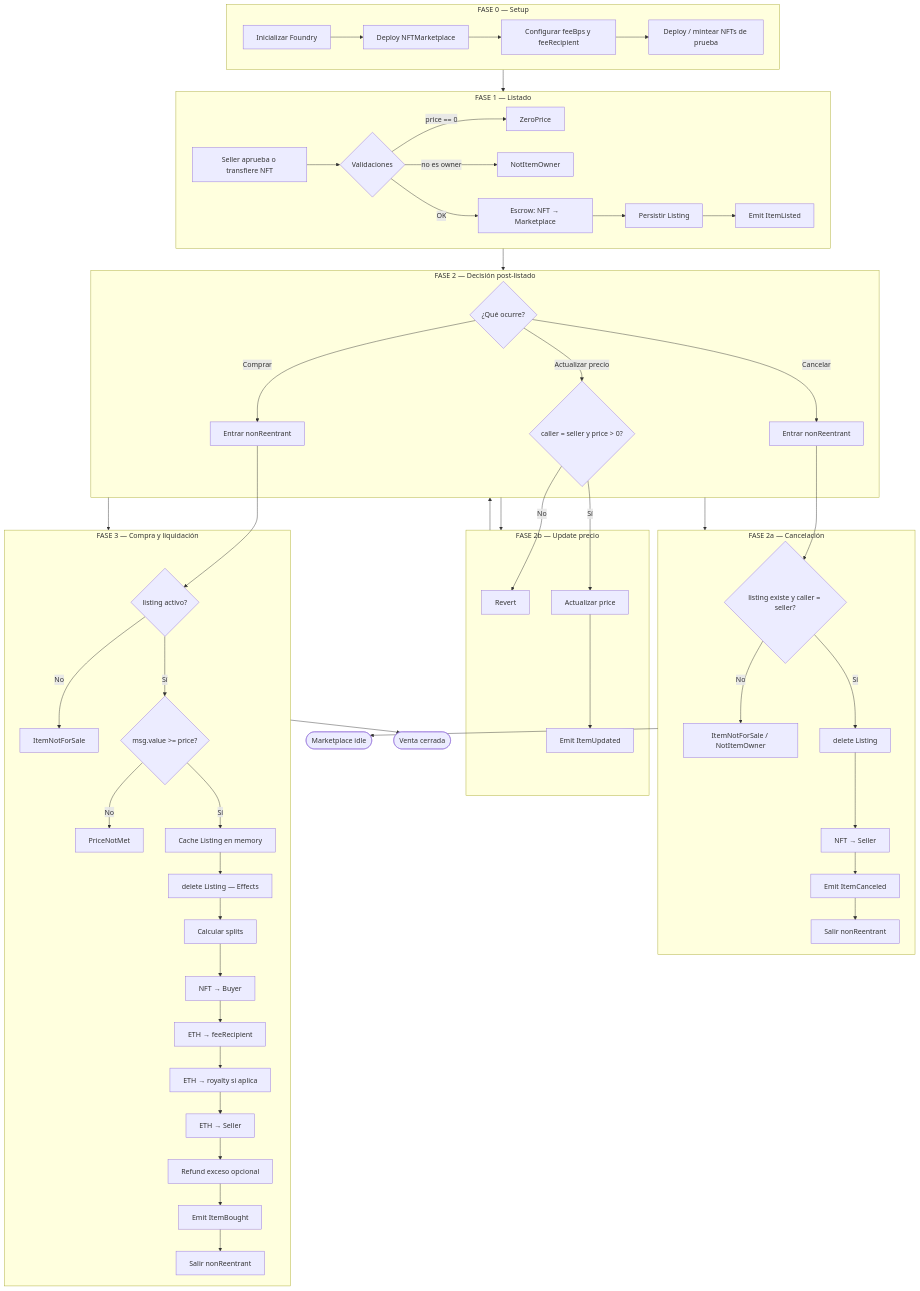
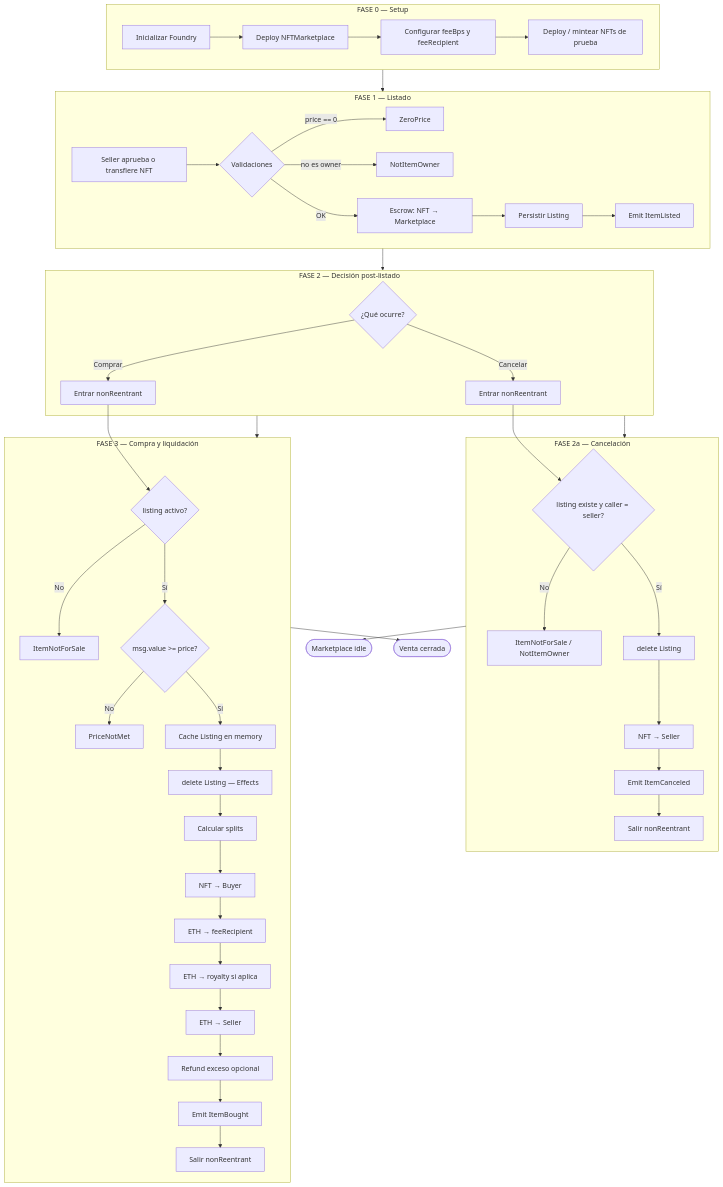
The first of 5 diagrams in doc/flujograma.md (rastrahm/nft-marketplace), drawn with Mermaid before and after one commit. The commit also changed other lines of this file and 8 other files, not shown here.

````diff
--- a/doc/flujograma.md
+++ b/doc/flujograma.md
@@ -7,66 +7,56 @@
 ```mermaid
 flowchart TB
     subgraph SETUP["FASE 0 — Setup"]
         S1[Inicializar Foundry] --> S2[Deploy NFTMarketplace]
         S2 --> S3[Configurar feeBps y feeRecipient]
         S3 --> S4[Deploy / mintear NFTs de prueba]
     end
 
     subgraph LIST["FASE 1 — Listado"]
         L1[Seller aprueba o transfiere NFT] --> L2{Validaciones}
         L2 -->|price == 0| Lx1[ZeroPrice]
         L2 -->|no es owner| Lx2[NotItemOwner]
         L2 -->|OK| L3[Escrow: NFT → Marketplace]
         L3 --> L4[Persistir Listing]
         L4 --> L5[Emit ItemListed]
     end
 
     subgraph BRANCH["FASE 2 — Decisión post-listado"]
         B1{¿Qué ocurre?}
         B1 -->|Cancelar| C1
-        B1 -->|Actualizar precio| U1
         B1 -->|Comprar| P1
     end
 
     subgraph CANCEL["FASE 2a — Cancelación"]
         C1[Entrar nonReentrant] --> C2{listing existe y caller = seller?}
         C2 -->|No| Cx[ItemNotForSale / NotItemOwner]
         C2 -->|Sí| C3[delete Listing]
         C3 --> C4[NFT → Seller]
         C4 --> C5[Emit ItemCanceled]
         C5 --> C6[Salir nonReentrant]
-    end
-
-    subgraph UPDATE["FASE 2b — Update precio"]
-        U1{caller = seller y price > 0?}
-        U1 -->|No| Ux[Revert]
-        U1 -->|Sí| U2[Actualizar price]
-        U2 --> U3[Emit ItemUpdated]
     end
 
     subgraph BUY["FASE 3 — Compra y liquidación"]
         P1[Entrar nonReentrant] --> P2{listing activo?}
         P2 -->|No| Px1[ItemNotForSale]
         P2 -->|Sí| P3{msg.value >= price?}
         P3 -->|No| Px2[PriceNotMet]
         P3 -->|Sí| P4[Cache Listing en memory]
         P4 --> P5[delete Listing — Effects]
         P5 --> P6[Calcular splits]
         P6 --> P7[NFT → Buyer]
         P7 --> P8[ETH → feeRecipient]
         P8 --> P9[ETH → royalty si aplica]
         P9 --> P10[ETH → Seller]
         P10 --> P11[Refund exceso opcional]
         P11 --> P12[Emit ItemBought]
         P12 --> P13[Salir nonReentrant]
     end
 
     SETUP --> LIST
     LIST --> BRANCH
     BRANCH --> CANCEL
-    BRANCH --> UPDATE
     BRANCH --> BUY
     CANCEL --> END1([Marketplace idle])
-    UPDATE --> BRANCH
     BUY --> END2([Venta cerrada])
 ```
````
